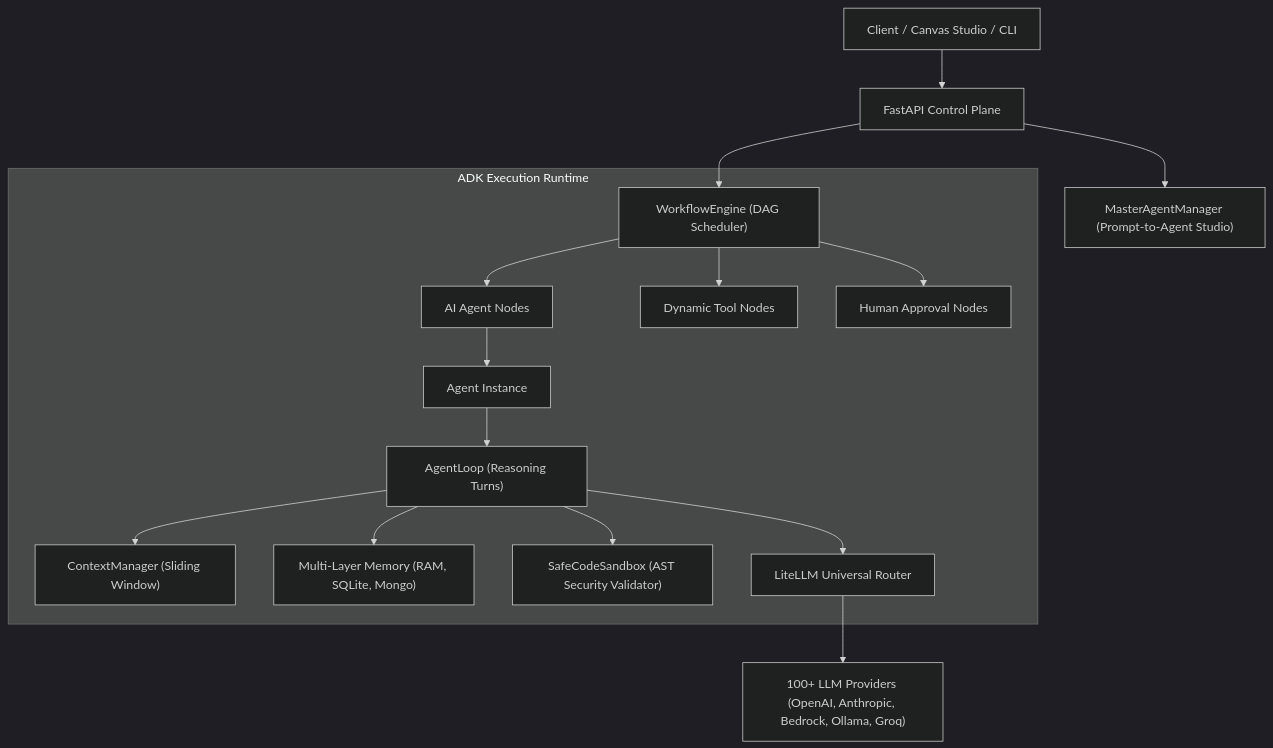
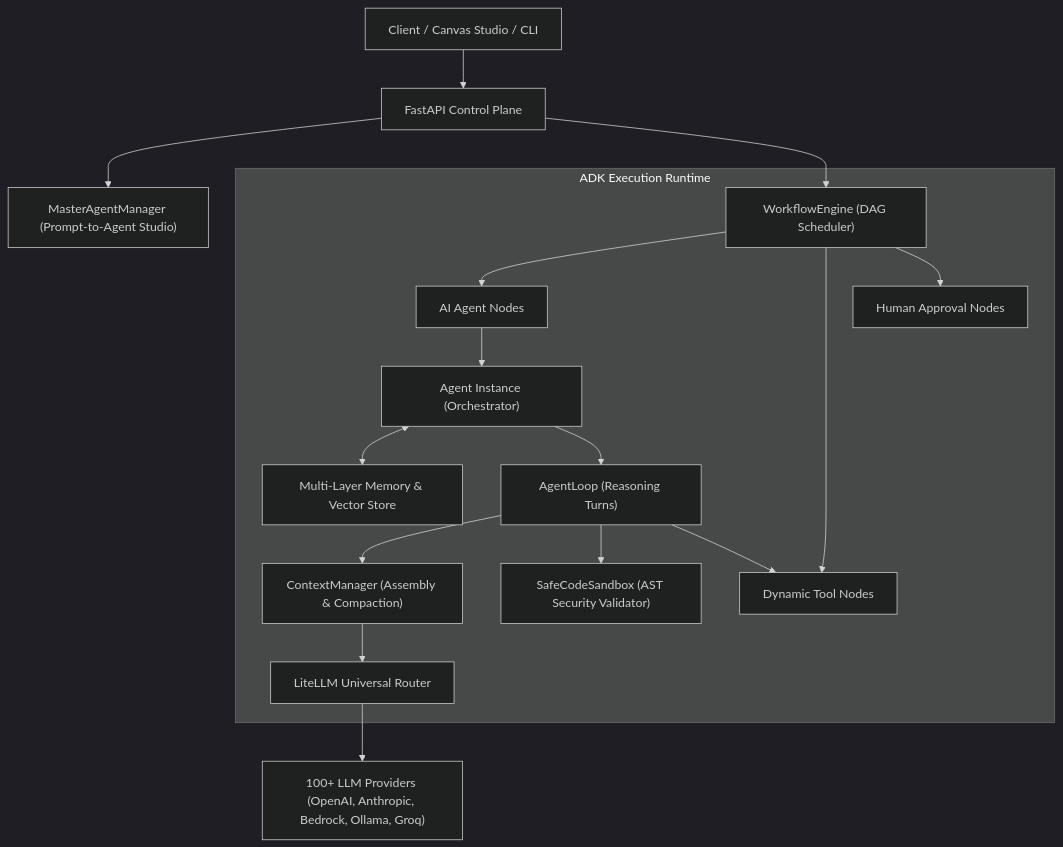
One commit to aarumugapandi-t/litellm-adk changed the diagram in docs/architecture-overview.md. Above: the diagram before and after it, drawn with Mermaid (dark theme). The commit also changed other lines of this file and 7 other files, not shown here.

````diff
--- a/docs/architecture-overview.md
+++ b/docs/architecture-overview.md
@@ -11,21 +11,22 @@
 ```mermaid
 graph TD
     Client["Client / Canvas Studio / CLI"] --> API["FastAPI Control Plane"]
     API --> Master["MasterAgentManager (Prompt-to-Agent Studio)"]
     API --> Engine["WorkflowEngine (DAG Scheduler)"]
     
     subgraph "ADK Execution Runtime"
         Engine --> AgentNode["AI Agent Nodes"]
         Engine --> ToolNode["Dynamic Tool Nodes"]
         Engine --> HumanNode["Human Approval Nodes"]
         
-        AgentNode --> Agent["Agent Instance"]
+        AgentNode --> Agent["Agent Instance (Orchestrator)"]
+        Agent <--> Memory["Multi-Layer Memory & Vector Store"]
         Agent --> Loop["AgentLoop (Reasoning Turns)"]
-        Loop --> Context["ContextManager (Sliding Window)"]
-        Loop --> Memory["Multi-Layer Memory (RAM, SQLite, Mongo)"]
+        Loop --> Context["ContextManager (Assembly & Compaction)"]
+        Context --> Router["LiteLLM Universal Router"]
         Loop --> Sandbox["SafeCodeSandbox (AST Security Validator)"]
-        Loop --> Router["LiteLLM Universal Router"]
+        Loop --> ToolNode
     end
     
     Router --> Providers["100+ LLM Providers (OpenAI, Anthropic, Bedrock, Ollama, Groq)"]
 ```
````
